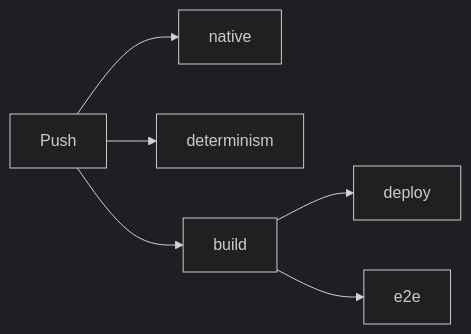
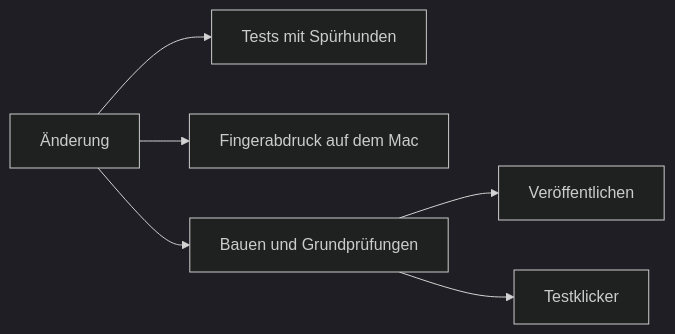
Before and after one commit to ChristianHohlfeld/kernengine.de: the diagram in kern/docs/buch-gruen/02-bauen-und-testen.md, drawn with Mermaid (dark theme). The commit also changed other lines of this file and 2 other files, not shown here.

````diff
--- a/kern/docs/buch-gruen/02-bauen-und-testen.md
+++ b/kern/docs/buch-gruen/02-bauen-und-testen.md
@@ -227,8 +186,8 @@
 ```mermaid
 flowchart LR
-  P["Push"] --> N["native"]
-  P --> D["determinism"]
-  P --> B["build"]
-  B --> DEP["deploy"]
-  B --> E["e2e"]
+  P["Änderung"] --> N["Tests mit Spürhunden"]
+  P --> D["Fingerabdruck auf dem Mac"]
+  P --> B["Bauen und Grundprüfungen"]
+  B --> DEP["Veröffentlichen"]
+  B --> E["Testklicker"]
 ```
````
